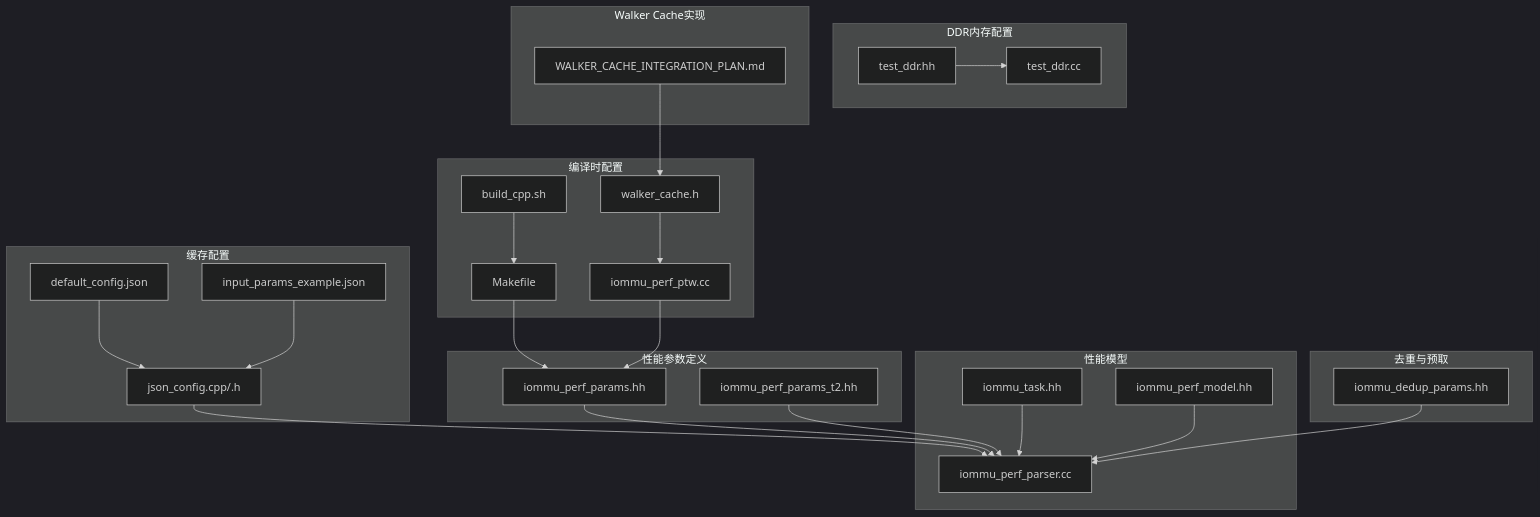
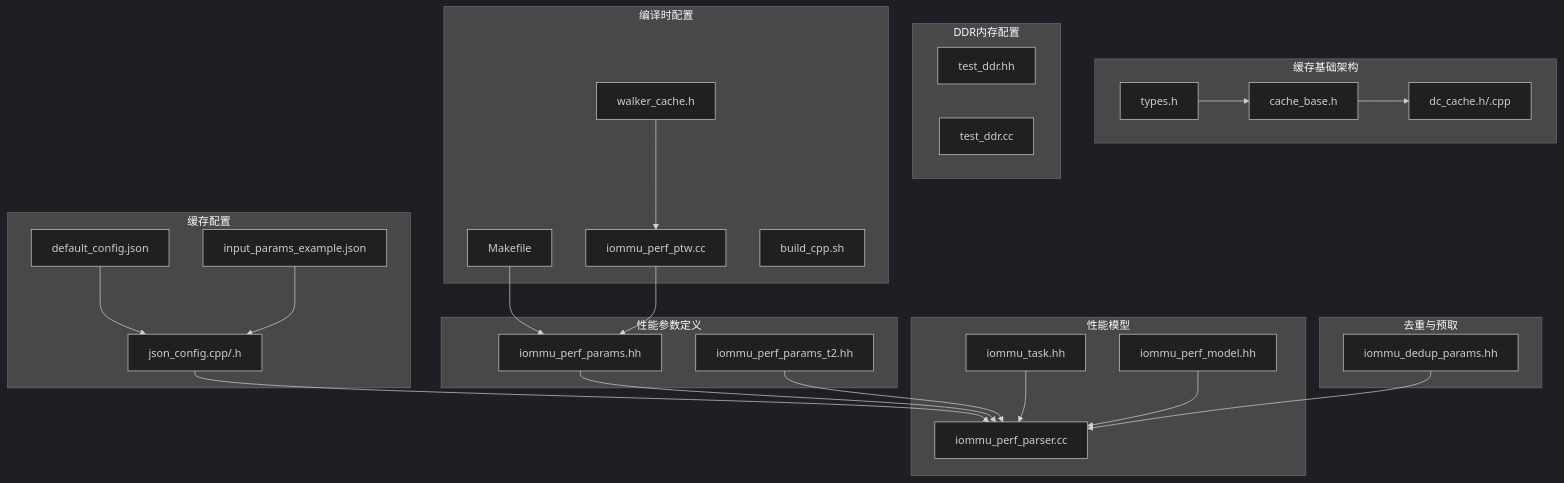
One commit to jiangjiang1122/iommu_model_20260401_v1 changed the first of 6 diagrams in .qoder/repowiki/zh/content/性能模型/性能参数配置.md. Above: the diagram before and after it, drawn with Mermaid (dark theme). The commit also changed other lines of this file and 159 other files, not shown here.

Commit message:
chore: 更新知识库文档 + 新增PTW并发分析图表与数据文件

````diff
--- a/.qoder/repowiki/zh/content/性能模型/性能参数配置.md
+++ b/.qoder/repowiki/zh/content/性能模型/性能参数配置.md
@@ -63,47 +69,48 @@
 ```mermaid
 graph TB
 subgraph "性能参数定义"
 P1["iommu_perf_params.hh"]
 P2["iommu_perf_params_t2.hh"]
 end
 subgraph "缓存配置"
 C1["default_config.json"]
 C2["input_params_example.json"]
 JC["json_config.cpp/.h"]
+end
+subgraph "缓存基础架构"
+CB["cache_base.h"]
+DC["dc_cache.h/.cpp"]
+TC["types.h"]
 end
 subgraph "性能模型"
 PM["iommu_perf_parser.cc"]
 TS["iommu_task.hh"]
 PF["iommu_perf_model.hh"]
 end
 subgraph "去重与预取"
 DP["iommu_dedup_params.hh"]
 end
 subgraph "DDR内存配置"
 DDRH["test_ddr.hh"]
 DDRC["test_ddr.cc"]
 end
 subgraph "编译时配置"
 MK["Makefile"]
 WC["walker_cache.h"]
 PT["iommu_perf_ptw.cc"]
 BSC["build_cpp.sh"]
 end
-subgraph "Walker Cache实现"
-WCI["WALKER_CACHE_INTEGRATION_PLAN.md"]
-end
 C1 --> JC
 C2 --> JC
 JC --> PM
 P1 --> PM
 P2 --> PM
 TS --> PM
 PF --> PM
 DP --> PM
 MK --> P1
 WC --> PT
 PT --> P1
-WCI --> WC
-DDRH --> DDRC
-BSC --> MK
+CB --> DC
+TC --> CB
 ```
````
